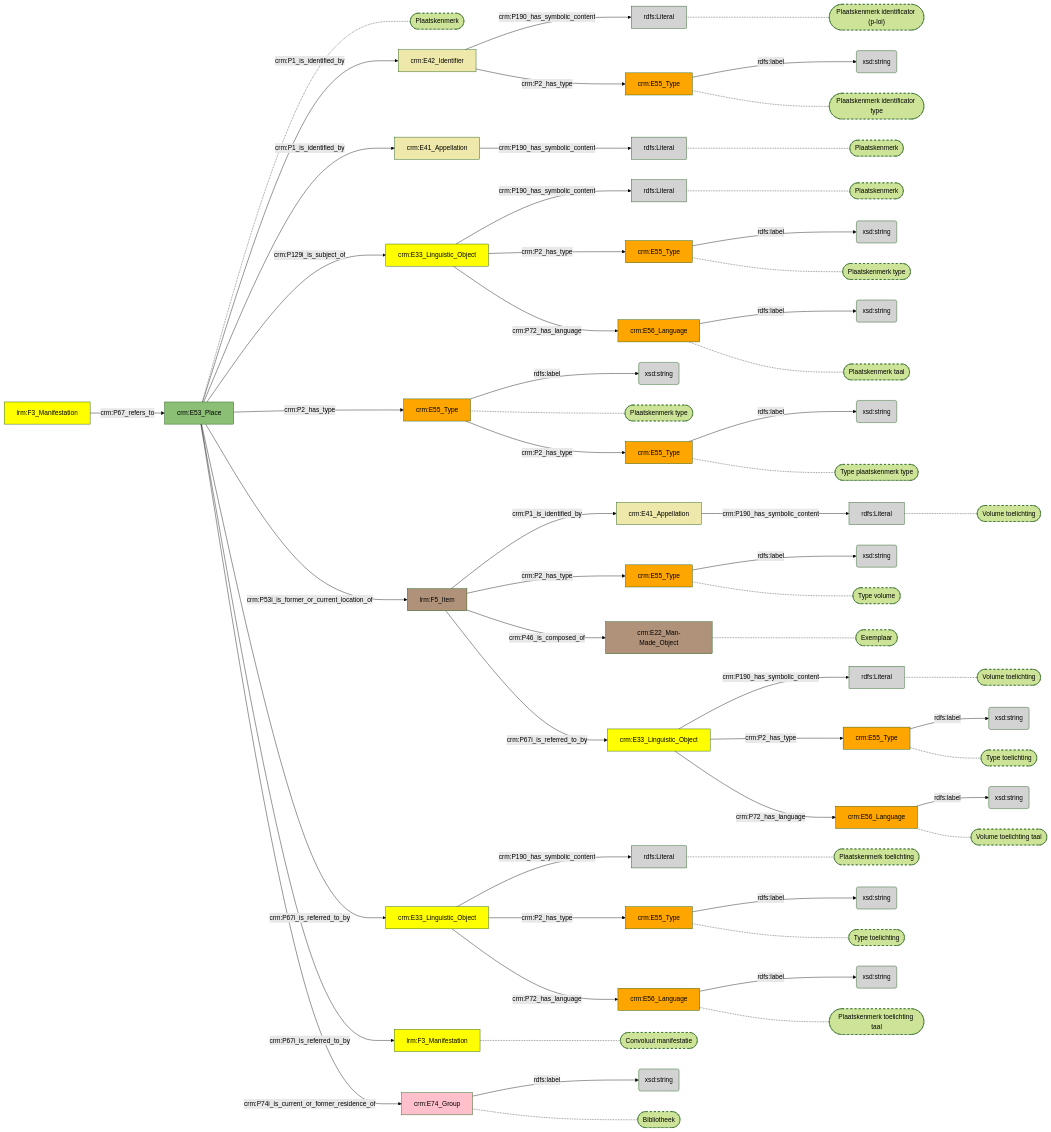
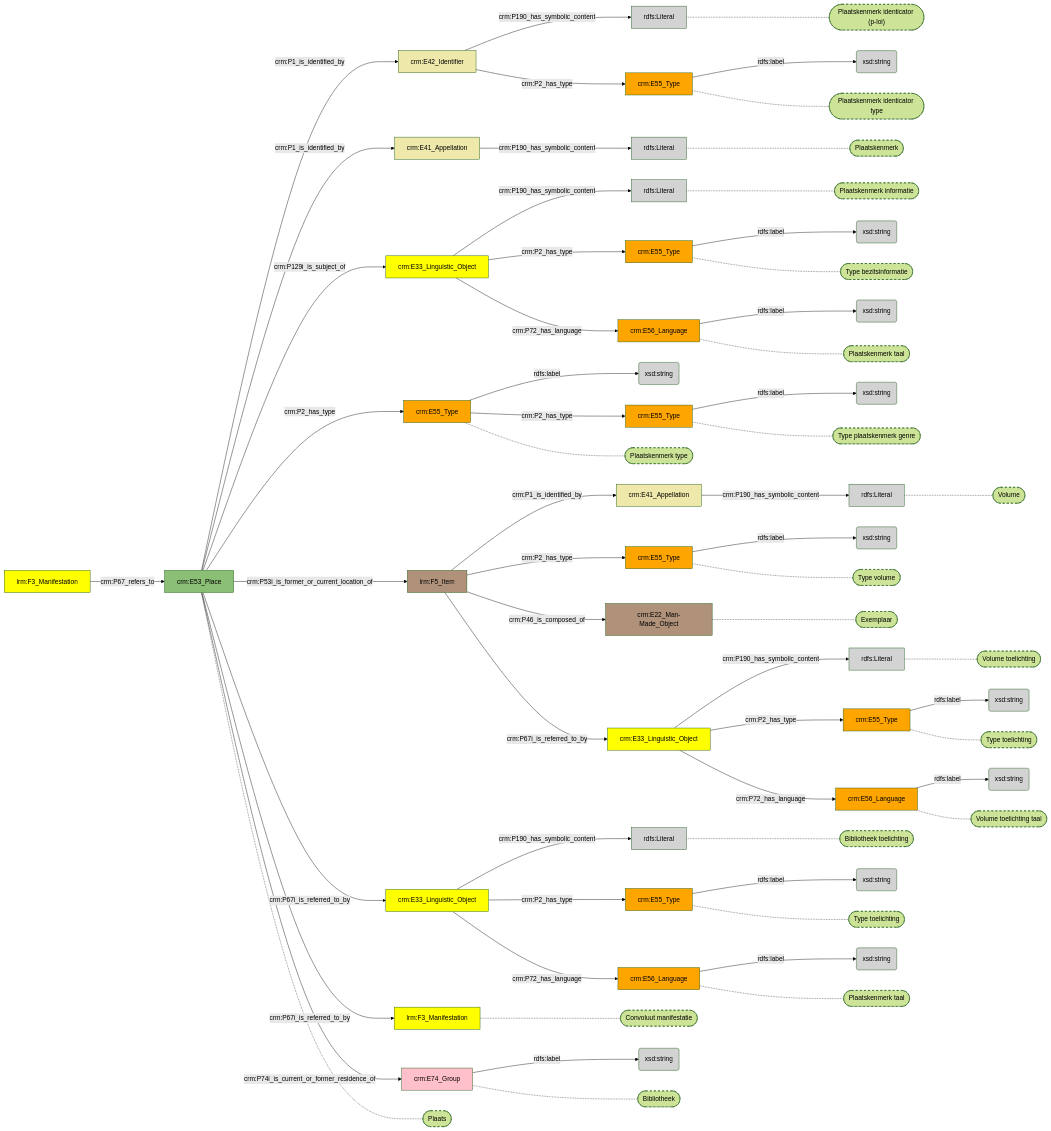
The diagram in docs/content/modellen/BibliographicalManifestation/Bewaargegevens.md (digipolisantwerpdocumentation/antwerp-cultureel-erfgoed), drawn with Mermaid (forest theme) before and after one commit. The commit also changed 32 other files, not shown here.

````diff
--- a/docs/content/modellen/BibliographicalManifestation/Bewaargegevens.md
+++ b/docs/content/modellen/BibliographicalManifestation/Bewaargegevens.md
@@ -17,6 +17,47 @@
 f5911ec5-94e8-11ee-ad8d-960002548b4f["crm:E55_Type"]-->|"rdfs:label"|f59120f1-94e8-11ee-a417-960002548b4f(xsd:string)
 f59121a0-94e8-11ee-b33b-960002548b4f["crm:E55_Type"]-->|"rdfs:label"|f5912226-94e8-11ee-94e7-960002548b4f(xsd:string)
 f5e2e871-94fa-11ee-bc5a-960002548b4f["crm:E55_Type"]-->|"rdfs:label"|f5e2ebc1-94fa-11ee-b1d8-960002548b4f(xsd:string)
+09e43c33-9363-11ee-814c-960002548b4f["crm:E53_Place"]-->|"crm:P1_is_identified_by"|30725f2f-94e9-11ee-85c8-960002548b4f["crm:E42_Identifier"]
+09e43c33-9363-11ee-814c-960002548b4f["crm:E53_Place"]-->|"crm:P1_is_identified_by"|b26c0ceb-94f9-11ee-8f0f-960002548b4f["crm:E41_Appellation"]
+09e43c33-9363-11ee-814c-960002548b4f["crm:E53_Place"]-->|"crm:P129i_is_subject_of"|1025ca6d-94ea-11ee-b6c8-960002548b4f["crm:E33_Linguistic_Object"]
+09e43c33-9363-11ee-814c-960002548b4f["crm:E53_Place"]-->|"crm:P2_has_type"|f5911ec5-94e8-11ee-ad8d-960002548b4f["crm:E55_Type"]
+09e43c33-9363-11ee-814c-960002548b4f["crm:E53_Place"]-->|"crm:P53i_is_former_or_current_location_of"|5a62c11c-94f1-11ee-9220-960002548b4f["lrm:F5_Item"]
+09e43c33-9363-11ee-814c-960002548b4f["crm:E53_Place"]-->|"crm:P67i_is_referred_to_by"|1353d187-94e9-11ee-a929-960002548b4f["crm:E33_Linguistic_Object"]
+09e43c33-9363-11ee-814c-960002548b4f["crm:E53_Place"]-->|"crm:P67i_is_referred_to_by"|4124c22a-94e9-11ee-baab-960002548b4f["lrm:F3_Manifestation"]
+09e43c33-9363-11ee-814c-960002548b4f["crm:E53_Place"]-->|"crm:P74i_is_current_or_former_residence_of"|024f06e7-94e9-11ee-b10b-960002548b4f["crm:E74_Group"]
+1025ca6d-94ea-11ee-b6c8-960002548b4f["crm:E33_Linguistic_Object"]-->|"crm:P2_has_type"|1025cd00-94ea-11ee-b23b-960002548b4f["crm:E55_Type"]
+1025ca6d-94ea-11ee-b6c8-960002548b4f["crm:E33_Linguistic_Object"]-->|"crm:P72_has_language"|1025ce29-94ea-11ee-97f2-960002548b4f["crm:E56_Language"]
+1353d187-94e9-11ee-a929-960002548b4f["crm:E33_Linguistic_Object"]-->|"crm:P2_has_type"|1353d4c6-94e9-11ee-b2f7-960002548b4f["crm:E55_Type"]
+1353d187-94e9-11ee-a929-960002548b4f["crm:E33_Linguistic_Object"]-->|"crm:P72_has_language"|1353d387-94e9-11ee-aed3-960002548b4f["crm:E56_Language"]
+17e0efec-8e93-11ee-8f9d-96a6d245525a["lrm:F3_Manifestation"]-->|"crm:P67_refers_to"|09e43c33-9363-11ee-814c-960002548b4f["crm:E53_Place"]
+2d1ec11f-94f8-11ee-a675-960002548b4f["crm:E33_Linguistic_Object"]-->|"crm:P2_has_type"|2d1ec336-94f8-11ee-9c4b-960002548b4f["crm:E55_Type"]
+2d1ec11f-94f8-11ee-a675-960002548b4f["crm:E33_Linguistic_Object"]-->|"crm:P72_has_language"|2d1ec3e7-94f8-11ee-96de-960002548b4f["crm:E56_Language"]
+30725f2f-94e9-11ee-85c8-960002548b4f["crm:E42_Identifier"]-->|"crm:P2_has_type"|3072613d-94e9-11ee-99cf-960002548b4f["crm:E55_Type"]
+5a62c11c-94f1-11ee-9220-960002548b4f["lrm:F5_Item"]-->|"crm:P1_is_identified_by"|a5ab2f50-94fa-11ee-a37e-960002548b4f["crm:E41_Appellation"]
+5a62c11c-94f1-11ee-9220-960002548b4f["lrm:F5_Item"]-->|"crm:P2_has_type"|f5e2e871-94fa-11ee-bc5a-960002548b4f["crm:E55_Type"]
+5a62c11c-94f1-11ee-9220-960002548b4f["lrm:F5_Item"]-->|"crm:P46_is_composed_of"|43608edc-94f2-11ee-b4b5-960002548b4f["crm:E22_Man-Made_Object"]
+5a62c11c-94f1-11ee-9220-960002548b4f["lrm:F5_Item"]-->|"crm:P67i_is_referred_to_by"|2d1ec11f-94f8-11ee-a675-960002548b4f["crm:E33_Linguistic_Object"]
+f5911ec5-94e8-11ee-ad8d-960002548b4f["crm:E55_Type"]-->|"crm:P2_has_type"|f59121a0-94e8-11ee-b33b-960002548b4f["crm:E55_Type"]
+f5911ec5-94e8-11ee-ad8d-960002548b4f["crm:E55_Type"]-.-f5911ec5-94e8-11ee-ad8d-960002548b4f_s(["Plaatskenmerk type"])
+4124c22a-94e9-11ee-baab-960002548b4f["lrm:F3_Manifestation"]-.-4124c22a-94e9-11ee-baab-960002548b4f_s(["Convoluut manifestatie"])
+024f06e7-94e9-11ee-b10b-960002548b4f["crm:E74_Group"]-.-024f06e7-94e9-11ee-b10b-960002548b4f_s(["Bibliotheek"])
+1025cda9-94ea-11ee-ac93-960002548b4f["rdfs:Literal"]-.-1025cda9-94ea-11ee-ac93-960002548b4f_s(["Plaatskenmerk informatie"])
+1025cd00-94ea-11ee-b23b-960002548b4f["crm:E55_Type"]-.-1025cd00-94ea-11ee-b23b-960002548b4f_s(["Type "bezitsinformatie""])
+1025ce29-94ea-11ee-97f2-960002548b4f["crm:E56_Language"]-.-1025ce29-94ea-11ee-97f2-960002548b4f_s(["Plaatskenmerk taal"])
+1353d5ab-94e9-11ee-ba06-960002548b4f["rdfs:Literal"]-.-1353d5ab-94e9-11ee-ba06-960002548b4f_s(["Bibliotheek toelichting"])
+1353d4c6-94e9-11ee-b2f7-960002548b4f["crm:E55_Type"]-.-1353d4c6-94e9-11ee-b2f7-960002548b4f_s(["Type "toelichting""])
+1353d387-94e9-11ee-aed3-960002548b4f["crm:E56_Language"]-.-1353d387-94e9-11ee-aed3-960002548b4f_s(["Plaatskenmerk taal"])
+09e43c33-9363-11ee-814c-960002548b4f["crm:E53_Place"]-.-09e43c33-9363-11ee-814c-960002548b4f_s(["Plaats"])
+2d1ec47d-94f8-11ee-b762-960002548b4f["rdfs:Literal"]-.-2d1ec47d-94f8-11ee-b762-960002548b4f_s(["Volume toelichting"])
+2d1ec336-94f8-11ee-9c4b-960002548b4f["crm:E55_Type"]-.-2d1ec336-94f8-11ee-9c4b-960002548b4f_s(["Type "toelichting""])
+2d1ec3e7-94f8-11ee-96de-960002548b4f["crm:E56_Language"]-.-2d1ec3e7-94f8-11ee-96de-960002548b4f_s(["Volume toelichting taal"])
+30726293-94e9-11ee-8137-960002548b4f["rdfs:Literal"]-.-30726293-94e9-11ee-8137-960002548b4f_s(["Plaatskenmerk identicator (p-loi)"])
+3072613d-94e9-11ee-99cf-960002548b4f["crm:E55_Type"]-.-3072613d-94e9-11ee-99cf-960002548b4f_s(["Plaatskenmerk identicator type"])
+f5e2e871-94fa-11ee-bc5a-960002548b4f["crm:E55_Type"]-.-f5e2e871-94fa-11ee-bc5a-960002548b4f_s(["Type "volume""])
+43608edc-94f2-11ee-b4b5-960002548b4f["crm:E22_Man-Made_Object"]-.-43608edc-94f2-11ee-b4b5-960002548b4f_s(["Exemplaar"])
+b9ff70f4-94fa-11ee-8c90-960002548b4f["rdfs:Literal"]-.-b9ff70f4-94fa-11ee-8c90-960002548b4f_s(["Volume"])
+c49a56a0-94f9-11ee-9be8-960002548b4f["rdfs:Literal"]-.-c49a56a0-94f9-11ee-9be8-960002548b4f_s(["Plaatskenmerk"])
+f59121a0-94e8-11ee-b33b-960002548b4f["crm:E55_Type"]-.-f59121a0-94e8-11ee-b33b-960002548b4f_s(["Type "plaatskenmerk genre""])
 style f5911ec5-94e8-11ee-ad8d-960002548b4f_s stroke-dasharray: 5
 style 4124c22a-94e9-11ee-baab-960002548b4f_s stroke-dasharray: 5
 style 024f06e7-94e9-11ee-b10b-960002548b4f_s stroke-dasharray: 5
@@ -76,45 +117,4 @@
 style f5912226-94e8-11ee-94e7-960002548b4f fill:#D3D3D3
 style f5e2e871-94fa-11ee-bc5a-960002548b4f fill:#ffa500
 style f5e2ebc1-94fa-11ee-b1d8-960002548b4f fill:#D3D3D3
-f5911ec5-94e8-11ee-ad8d-960002548b4f["crm:E55_Type"]-.-f5911ec5-94e8-11ee-ad8d-960002548b4f_s(["Plaatskenmerk type"])
-4124c22a-94e9-11ee-baab-960002548b4f["lrm:F3_Manifestation"]-.-4124c22a-94e9-11ee-baab-960002548b4f_s(["Convoluut manifestatie"])
-024f06e7-94e9-11ee-b10b-960002548b4f["crm:E74_Group"]-.-024f06e7-94e9-11ee-b10b-960002548b4f_s(["Bibliotheek"])
-1025cda9-94ea-11ee-ac93-960002548b4f["rdfs:Literal"]-.-1025cda9-94ea-11ee-ac93-960002548b4f_s(["Plaatskenmerk"])
-1025cd00-94ea-11ee-b23b-960002548b4f["crm:E55_Type"]-.-1025cd00-94ea-11ee-b23b-960002548b4f_s(["Plaatskenmerk type"])
-1025ce29-94ea-11ee-97f2-960002548b4f["crm:E56_Language"]-.-1025ce29-94ea-11ee-97f2-960002548b4f_s(["Plaatskenmerk taal"])
-1353d5ab-94e9-11ee-ba06-960002548b4f["rdfs:Literal"]-.-1353d5ab-94e9-11ee-ba06-960002548b4f_s(["Plaatskenmerk toelichting"])
-1353d4c6-94e9-11ee-b2f7-960002548b4f["crm:E55_Type"]-.-1353d4c6-94e9-11ee-b2f7-960002548b4f_s(["Type "toelichting""])
-1353d387-94e9-11ee-aed3-960002548b4f["crm:E56_Language"]-.-1353d387-94e9-11ee-aed3-960002548b4f_s(["Plaatskenmerk toelichting taal"])
-09e43c33-9363-11ee-814c-960002548b4f["crm:E53_Place"]-.-09e43c33-9363-11ee-814c-960002548b4f_s(["Plaatskenmerk"])
-2d1ec47d-94f8-11ee-b762-960002548b4f["rdfs:Literal"]-.-2d1ec47d-94f8-11ee-b762-960002548b4f_s(["Volume toelichting"])
-2d1ec336-94f8-11ee-9c4b-960002548b4f["crm:E55_Type"]-.-2d1ec336-94f8-11ee-9c4b-960002548b4f_s(["Type "toelichting""])
-2d1ec3e7-94f8-11ee-96de-960002548b4f["crm:E56_Language"]-.-2d1ec3e7-94f8-11ee-96de-960002548b4f_s(["Volume toelichting taal"])
-30726293-94e9-11ee-8137-960002548b4f["rdfs:Literal"]-.-30726293-94e9-11ee-8137-960002548b4f_s(["Plaatskenmerk identificator (p-loi)"])
-3072613d-94e9-11ee-99cf-960002548b4f["crm:E55_Type"]-.-3072613d-94e9-11ee-99cf-960002548b4f_s(["Plaatskenmerk identificator type"])
-f5e2e871-94fa-11ee-bc5a-960002548b4f["crm:E55_Type"]-.-f5e2e871-94fa-11ee-bc5a-960002548b4f_s(["Type "volume""])
-43608edc-94f2-11ee-b4b5-960002548b4f["crm:E22_Man-Made_Object"]-.-43608edc-94f2-11ee-b4b5-960002548b4f_s(["Exemplaar"])
-b9ff70f4-94fa-11ee-8c90-960002548b4f["rdfs:Literal"]-.-b9ff70f4-94fa-11ee-8c90-960002548b4f_s(["Volume toelichting"])
-c49a56a0-94f9-11ee-9be8-960002548b4f["rdfs:Literal"]-.-c49a56a0-94f9-11ee-9be8-960002548b4f_s(["Plaatskenmerk"])
-f59121a0-94e8-11ee-b33b-960002548b4f["crm:E55_Type"]-.-f59121a0-94e8-11ee-b33b-960002548b4f_s(["Type "plaatskenmerk type""])
-09e43c33-9363-11ee-814c-960002548b4f["crm:E53_Place"]-->|"crm:P1_is_identified_by"|30725f2f-94e9-11ee-85c8-960002548b4f["crm:E42_Identifier"]
-09e43c33-9363-11ee-814c-960002548b4f["crm:E53_Place"]-->|"crm:P1_is_identified_by"|b26c0ceb-94f9-11ee-8f0f-960002548b4f["crm:E41_Appellation"]
-09e43c33-9363-11ee-814c-960002548b4f["crm:E53_Place"]-->|"crm:P129i_is_subject_of"|1025ca6d-94ea-11ee-b6c8-960002548b4f["crm:E33_Linguistic_Object"]
-09e43c33-9363-11ee-814c-960002548b4f["crm:E53_Place"]-->|"crm:P2_has_type"|f5911ec5-94e8-11ee-ad8d-960002548b4f["crm:E55_Type"]
-09e43c33-9363-11ee-814c-960002548b4f["crm:E53_Place"]-->|"crm:P53i_is_former_or_current_location_of"|5a62c11c-94f1-11ee-9220-960002548b4f["lrm:F5_Item"]
-09e43c33-9363-11ee-814c-960002548b4f["crm:E53_Place"]-->|"crm:P67i_is_referred_to_by"|1353d187-94e9-11ee-a929-960002548b4f["crm:E33_Linguistic_Object"]
-09e43c33-9363-11ee-814c-960002548b4f["crm:E53_Place"]-->|"crm:P67i_is_referred_to_by"|4124c22a-94e9-11ee-baab-960002548b4f["lrm:F3_Manifestation"]
-09e43c33-9363-11ee-814c-960002548b4f["crm:E53_Place"]-->|"crm:P74i_is_current_or_former_residence_of"|024f06e7-94e9-11ee-b10b-960002548b4f["crm:E74_Group"]
-1025ca6d-94ea-11ee-b6c8-960002548b4f["crm:E33_Linguistic_Object"]-->|"crm:P2_has_type"|1025cd00-94ea-11ee-b23b-960002548b4f["crm:E55_Type"]
-1025ca6d-94ea-11ee-b6c8-960002548b4f["crm:E33_Linguistic_Object"]-->|"crm:P72_has_language"|1025ce29-94ea-11ee-97f2-960002548b4f["crm:E56_Language"]
-1353d187-94e9-11ee-a929-960002548b4f["crm:E33_Linguistic_Object"]-->|"crm:P2_has_type"|1353d4c6-94e9-11ee-b2f7-960002548b4f["crm:E55_Type"]
-1353d187-94e9-11ee-a929-960002548b4f["crm:E33_Linguistic_Object"]-->|"crm:P72_has_language"|1353d387-94e9-11ee-aed3-960002548b4f["crm:E56_Language"]
-17e0efec-8e93-11ee-8f9d-96a6d245525a["lrm:F3_Manifestation"]-->|"crm:P67_refers_to"|09e43c33-9363-11ee-814c-960002548b4f["crm:E53_Place"]
-2d1ec11f-94f8-11ee-a675-960002548b4f["crm:E33_Linguistic_Object"]-->|"crm:P2_has_type"|2d1ec336-94f8-11ee-9c4b-960002548b4f["crm:E55_Type"]
-2d1ec11f-94f8-11ee-a675-960002548b4f["crm:E33_Linguistic_Object"]-->|"crm:P72_has_language"|2d1ec3e7-94f8-11ee-96de-960002548b4f["crm:E56_Language"]
-30725f2f-94e9-11ee-85c8-960002548b4f["crm:E42_Identifier"]-->|"crm:P2_has_type"|3072613d-94e9-11ee-99cf-960002548b4f["crm:E55_Type"]
-5a62c11c-94f1-11ee-9220-960002548b4f["lrm:F5_Item"]-->|"crm:P1_is_identified_by"|a5ab2f50-94fa-11ee-a37e-960002548b4f["crm:E41_Appellation"]
-5a62c11c-94f1-11ee-9220-960002548b4f["lrm:F5_Item"]-->|"crm:P2_has_type"|f5e2e871-94fa-11ee-bc5a-960002548b4f["crm:E55_Type"]
-5a62c11c-94f1-11ee-9220-960002548b4f["lrm:F5_Item"]-->|"crm:P46_is_composed_of"|43608edc-94f2-11ee-b4b5-960002548b4f["crm:E22_Man-Made_Object"]
-5a62c11c-94f1-11ee-9220-960002548b4f["lrm:F5_Item"]-->|"crm:P67i_is_referred_to_by"|2d1ec11f-94f8-11ee-a675-960002548b4f["crm:E33_Linguistic_Object"]
-f5911ec5-94e8-11ee-ad8d-960002548b4f["crm:E55_Type"]-->|"crm:P2_has_type"|f59121a0-94e8-11ee-b33b-960002548b4f["crm:E55_Type"]
 ```
````
